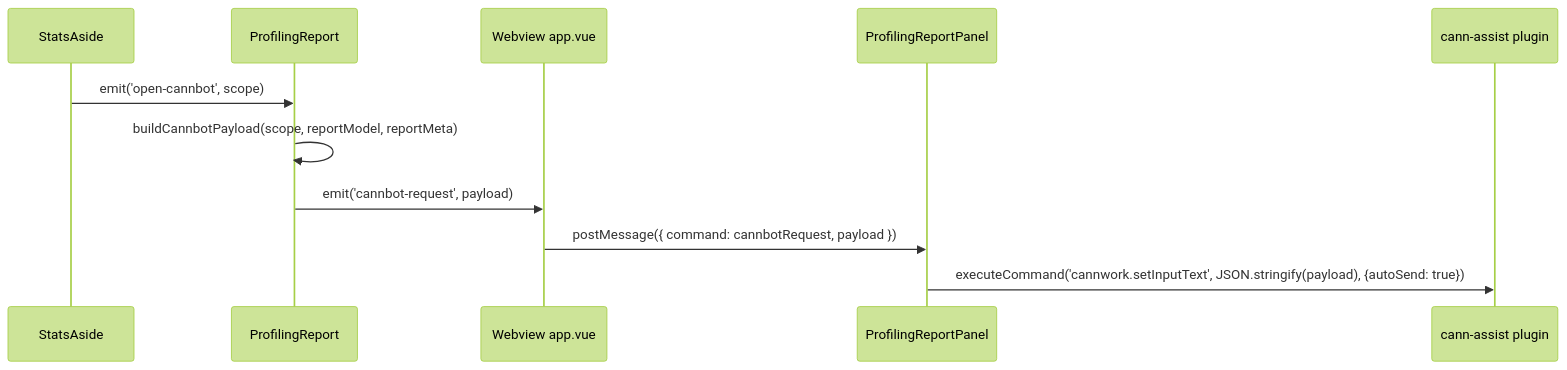
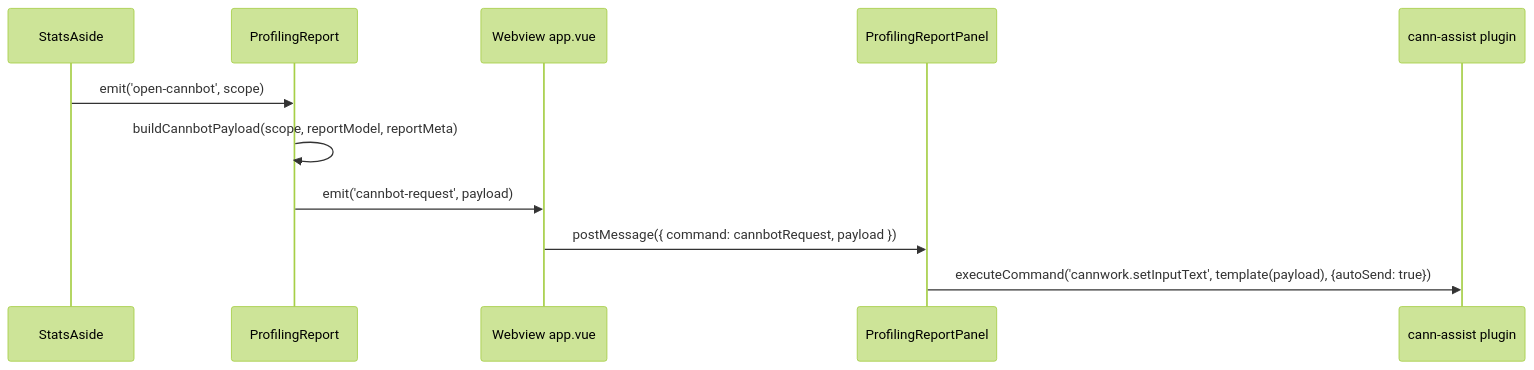
The second of 2 diagrams in docs/profiling-report-integration.md (IdeFrontend/opdev_plugin), drawn with Mermaid (forest theme) before and after one commit. The commit also changed other lines of this file and 3 other files, not shown here.

````diff
--- a/docs/profiling-report-integration.md
+++ b/docs/profiling-report-integration.md
@@ -107,14 +107,14 @@
 ```mermaid
 sequenceDiagram
   participant Aside as StatsAside
   participant Comp as ProfilingReport
   participant WV as Webview app.vue
   participant Panel as ProfilingReportPanel
   participant Cann as cann-assist plugin
 
   Aside->>Comp: emit('open-cannbot', scope)
   Comp->>Comp: buildCannbotPayload(scope, reportModel, reportMeta)
   Comp->>WV: emit('cannbot-request', payload)
   WV->>Panel: postMessage({ command: cannbotRequest, payload })
-  Panel->>Cann: executeCommand('cannwork.setInputText', JSON.stringify(payload), {autoSend: true})
+  Panel->>Cann: executeCommand('cannwork.setInputText', template(payload), {autoSend: true})
 ```
````
